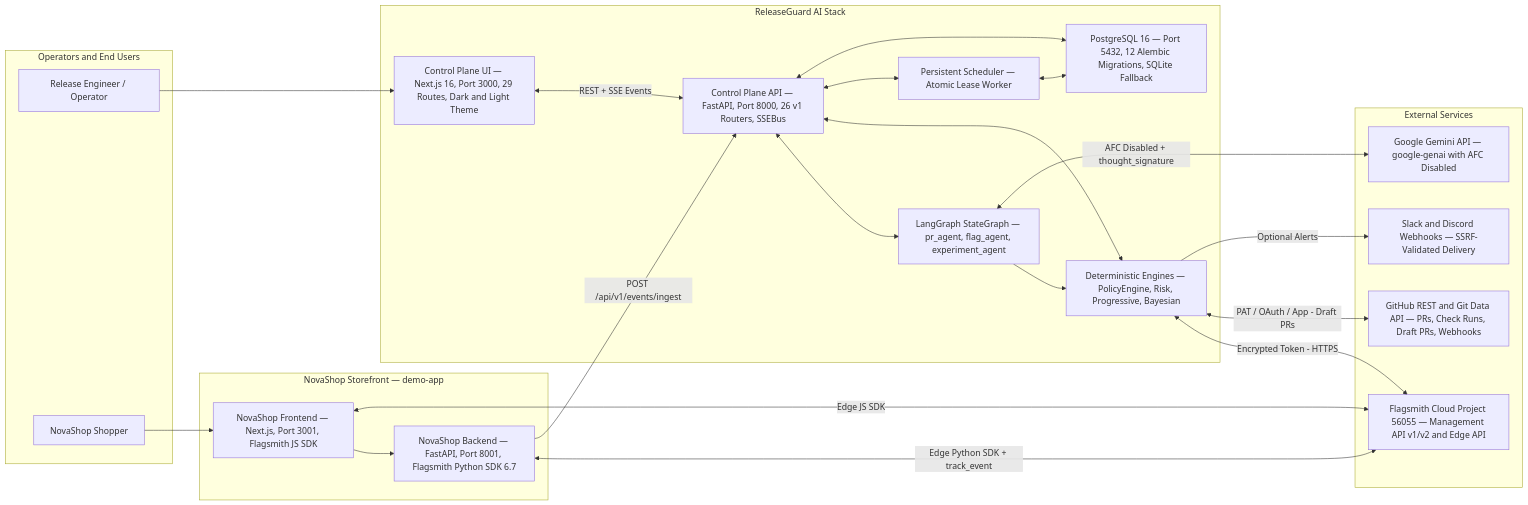
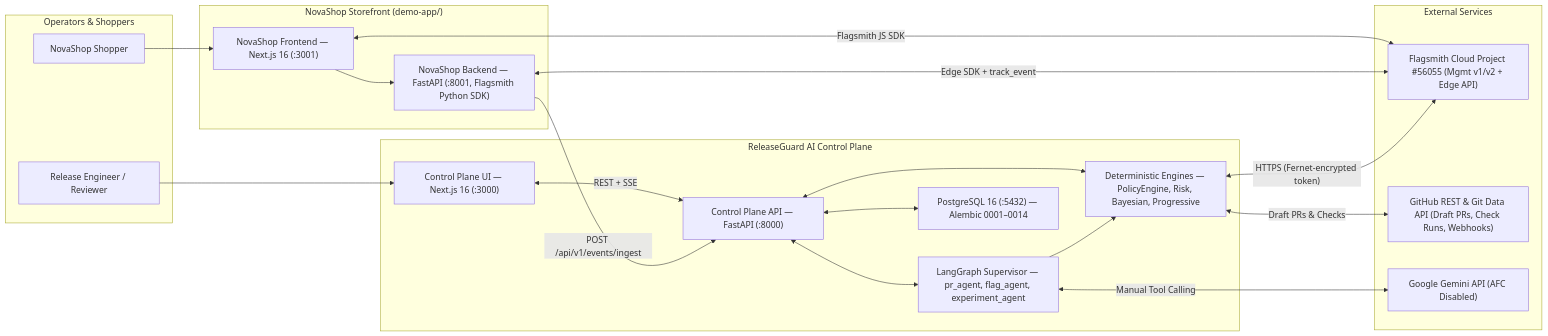
Before and after one commit to Pravin98651/ReleaseGaurd-AI: the second of 3 diagrams in README.md, drawn with Mermaid. The commit also changed other lines of this file and 7 other files, not shown here.

````diff
--- a/README.md
+++ b/README.md
@@ -61,48 +77,43 @@
 ```mermaid
 flowchart LR
-    subgraph Actors["Operators and End Users"]
-        OP["Release Engineer / Operator"]
+    subgraph Actors["Operators & Shoppers"]
+        OP["Release Engineer / Reviewer"]
         SH["NovaShop Shopper"]
     end
 
-    subgraph ControlPlane["ReleaseGuard AI Stack"]
-        FE["Control Plane UI — Next.js 16, Port 3000, 29 Routes, Dark and Light Theme"]
-        BE["Control Plane API — FastAPI, Port 8000, 26 v1 Routers, SSEBus"]
-        AI["LangGraph StateGraph — pr_agent, flag_agent, experiment_agent"]
-        ENG["Deterministic Engines — PolicyEngine, Risk, Progressive, Bayesian"]
-        SCH["Persistent Scheduler — Atomic Lease Worker"]
-        DB["PostgreSQL 16 — Port 5432, 12 Alembic Migrations, SQLite Fallback"]
+    subgraph ControlPlane["ReleaseGuard AI Control Plane"]
+        FE["Control Plane UI — Next.js 16 (:3000)"]
+        BE["Control Plane API — FastAPI (:8000)"]
+        AI["LangGraph Supervisor — pr_agent, flag_agent, experiment_agent"]
+        ENG["Deterministic Engines — PolicyEngine, Risk, Bayesian, Progressive"]
+        DB["PostgreSQL 16 (:5432) — Alembic 0001–0014"]
     end
 
-    subgraph DemoApp["NovaShop Storefront — demo-app"]
-        DF["NovaShop Frontend — Next.js, Port 3001, Flagsmith JS SDK"]
-        DBK["NovaShop Backend — FastAPI, Port 8001, Flagsmith Python SDK 6.7"]
+    subgraph DemoApp["NovaShop Storefront (demo-app/)"]
+        DF["NovaShop Frontend — Next.js 16 (:3001)"]
+        DBK["NovaShop Backend — FastAPI (:8001, Flagsmith Python SDK)"]
     end
 
-    subgraph ExternalAPIs["External Services"]
-        FS["Flagsmith Cloud Project 56055 — Management API v1/v2 and Edge API"]
-        GH["GitHub REST and Git Data API — PRs, Check Runs, Draft PRs, Webhooks"]
-        GM["Google Gemini API — google-genai with AFC Disabled"]
-        WH["Slack and Discord Webhooks — SSRF-Validated Delivery"]
+    subgraph External["External Services"]
+        FS["Flagsmith Cloud Project #56055 (Mgmt v1/v2 + Edge API)"]
+        GH["GitHub REST & Git Data API (Draft PRs, Check Runs, Webhooks)"]
+        GM["Google Gemini API (AFC Disabled)"]
     end
 
     OP --> FE
-    FE <-->|"REST + SSE Events"| BE
+    FE <-->|"REST + SSE"| BE
     BE <--> AI
     BE <--> ENG
-    BE <--> SCH
     AI --> ENG
     BE <--> DB
-    SCH <--> DB
 
     SH --> DF
     DF --> DBK
-    DF <-->|"Edge JS SDK"| FS
-    DBK <-->|"Edge Python SDK + track_event"| FS
+    DF <-->|"Flagsmith JS SDK"| FS
+    DBK <-->|"Edge SDK + track_event"| FS
     DBK -->|"POST /api/v1/events/ingest"| BE
 
-    ENG <-->|"Encrypted Token - HTTPS"| FS
-    ENG <-->|"PAT / OAuth / App - Draft PRs"| GH
-    AI <-->|"AFC Disabled + thought_signature"| GM
-    ENG -->|"Optional Alerts"| WH
+    ENG <-->|"HTTPS (Fernet-encrypted token)"| FS
+    ENG <-->|"Draft PRs & Checks"| GH
+    AI <-->|"Manual Tool Calling"| GM
 ```
````
